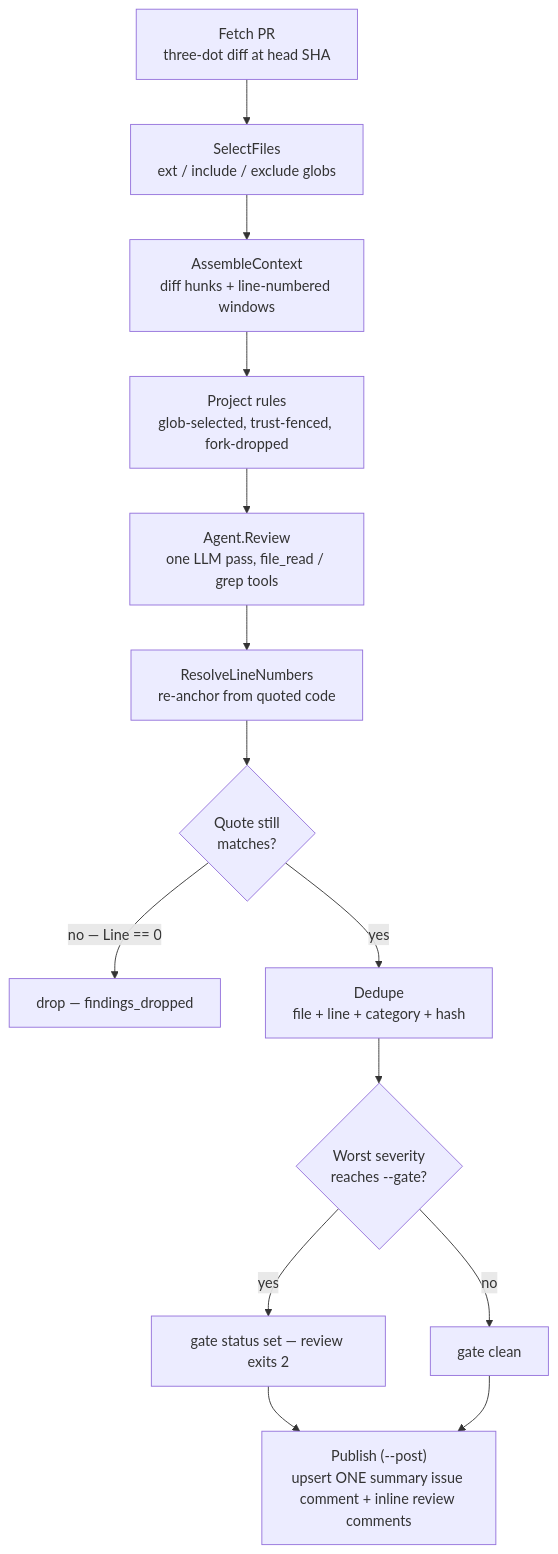
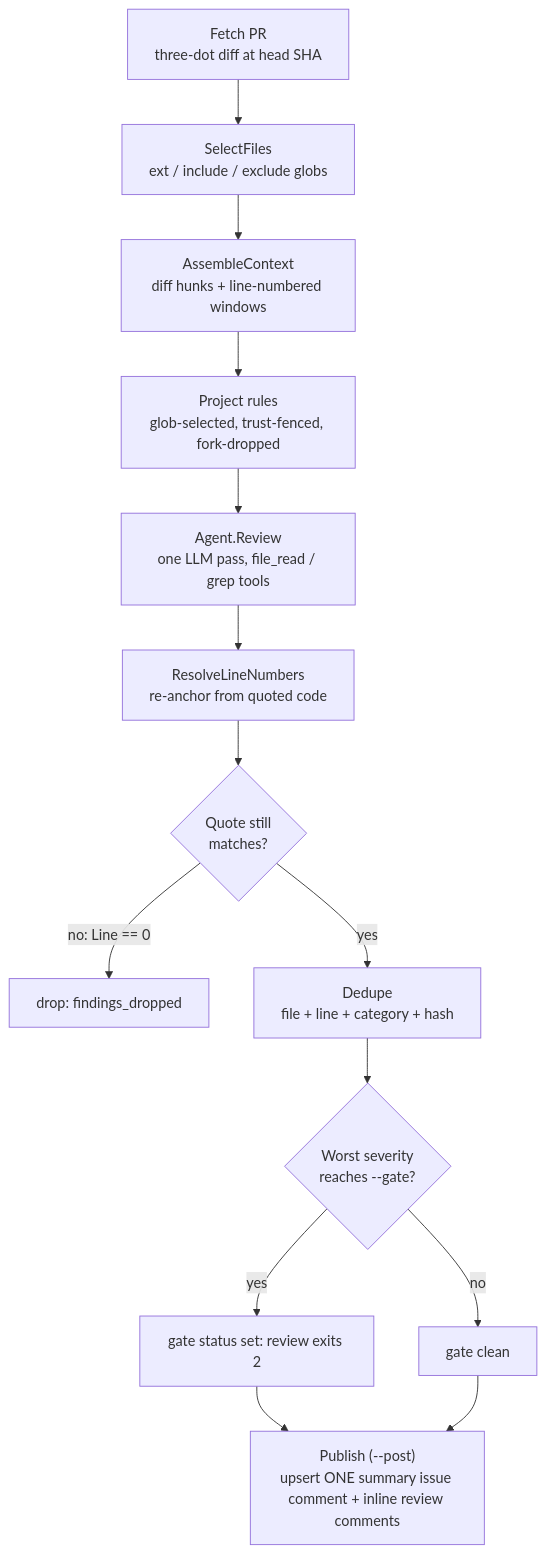
The second of 10 diagrams in docs/content/architecture.md (vanducng/miu-cr), drawn with Mermaid before and after one commit. The commit also changed other lines of this file and 40 other files, not shown here.

````diff
--- a/docs/content/architecture.md
+++ b/docs/content/architecture.md
@@ -74,16 +74,16 @@
 ```mermaid
 flowchart TD
     A["Fetch PR<br/>three-dot diff at head SHA"] --> B["SelectFiles<br/>ext / include / exclude globs"]
     B --> C["AssembleContext<br/>diff hunks + line-numbered windows"]
     C --> D["Project rules<br/>glob-selected, trust-fenced, fork-dropped"]
     D --> E["Agent.Review<br/>one LLM pass, file_read / grep tools"]
     E --> F["ResolveLineNumbers<br/>re-anchor from quoted code"]
     F --> G{"Quote still<br/>matches?"}
-    G -->|"no — Line == 0"| Drop["drop — findings_dropped"]
+    G -->|"no: Line == 0"| Drop["drop: findings_dropped"]
     G -->|"yes"| H["Dedupe<br/>file + line + category + hash"]
     H --> I{"Worst severity<br/>reaches --gate?"}
-    I -->|"yes"| Gate["gate status set — review exits 2"]
+    I -->|"yes"| Gate["gate status set: review exits 2"]
     I -->|"no"| Pass["gate clean"]
     Gate --> P["Publish (--post)<br/>upsert ONE summary issue comment + inline review comments"]
     Pass --> P
 ```
````
